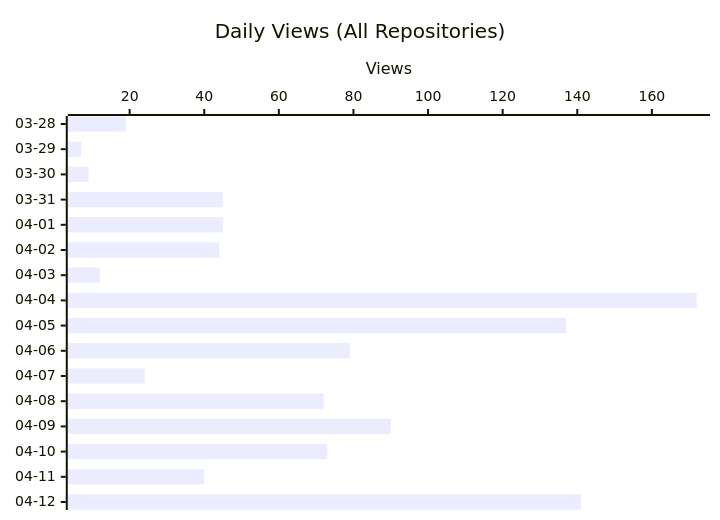
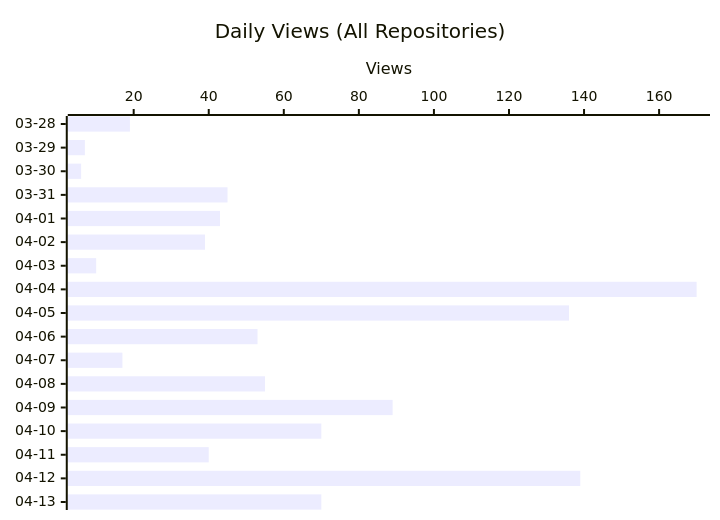
One commit to shigechika/github-insights changed the second of 3 diagrams in README.md. Above: the diagram before and after it, drawn with Mermaid. The commit also changed other lines of this file and 1 other file, not shown here.

````diff
--- a/README.md
+++ b/README.md
@@ -22,7 +22,7 @@
 ```mermaid
 xychart-beta horizontal
     title "Daily Views (All Repositories)"
-    x-axis ["03-28", "03-29", "03-30", "03-31", "04-01", "04-02", "04-03", "04-04", "04-05", "04-06", "04-07", "04-08", "04-09", "04-10", "04-11", "04-12"]
+    x-axis ["03-28", "03-29", "03-30", "03-31", "04-01", "04-02", "04-03", "04-04", "04-05", "04-06", "04-07", "04-08", "04-09", "04-10", "04-11", "04-12", "04-13"]
     y-axis "Views"
-    bar [19, 7, 9, 45, 45, 44, 12, 172, 137, 79, 24, 72, 90, 73, 40, 141]
+    bar [19, 7, 6, 45, 43, 39, 10, 170, 136, 53, 17, 55, 89, 70, 40, 139, 70]
 ```
````
